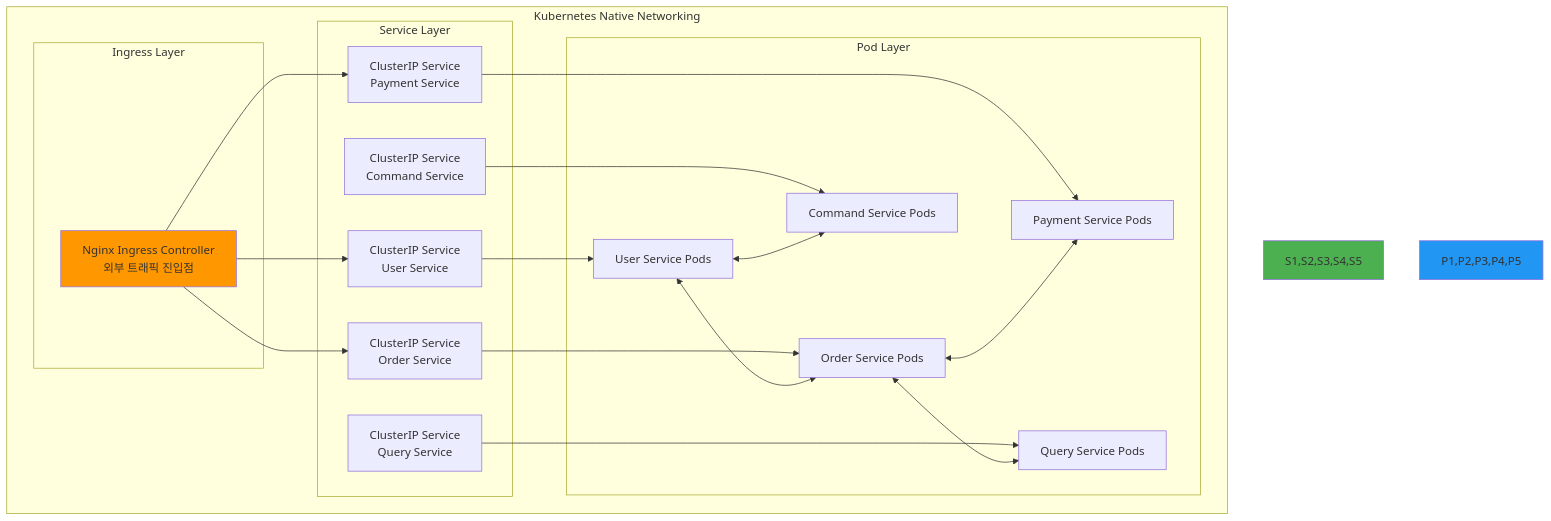
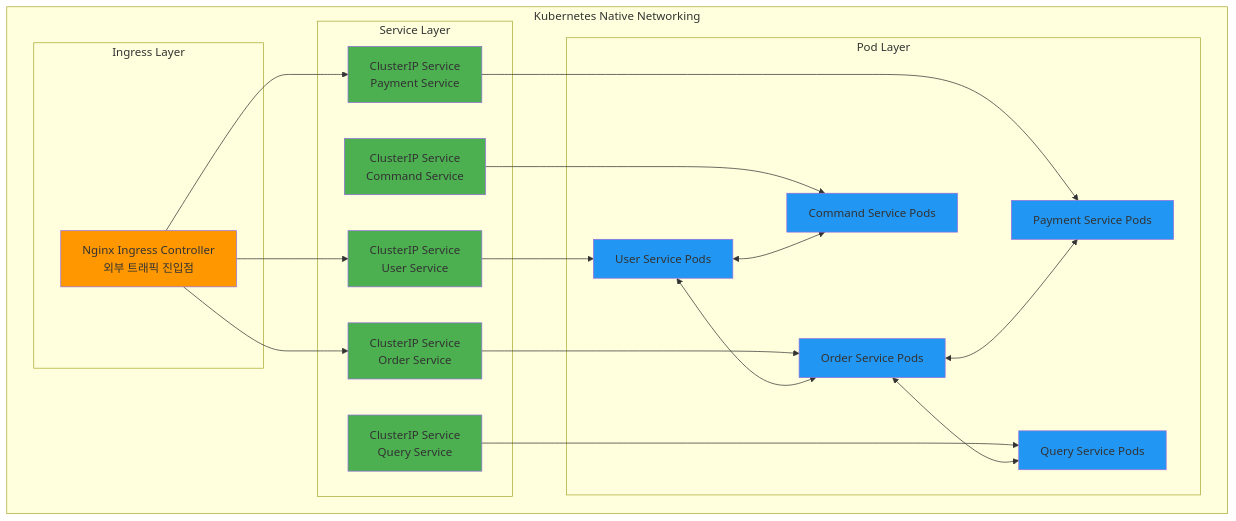
One commit to niceguy61/kdt_devops_lecture_2025 changed the second of 2 diagrams in theory/week_04/day1/handson_1.md. Above: the diagram before and after it, drawn with Mermaid. The commit also changed other lines of this file, not shown here.

Commit message:
w4d1h1 mermaid 수정

````diff
--- a/theory/week_04/day1/handson_1.md
+++ b/theory/week_04/day1/handson_1.md
@@ -140,43 +144,51 @@
 ```mermaid
 graph TB
     subgraph "Kubernetes Native Networking"
         subgraph "Ingress Layer"
             ING[Nginx Ingress Controller<br/>외부 트래픽 진입점]
         end
         
         subgraph "Service Layer"
             S1[ClusterIP Service<br/>User Service]
             S2[ClusterIP Service<br/>Order Service]
             S3[ClusterIP Service<br/>Payment Service]
             S4[ClusterIP Service<br/>Command Service]
             S5[ClusterIP Service<br/>Query Service]
         end
         
         subgraph "Pod Layer"
             P1[User Service Pods]
             P2[Order Service Pods]
             P3[Payment Service Pods]
             P4[Command Service Pods]
             P5[Query Service Pods]
         end
     end
     
     ING --> S1
     ING --> S2
     ING --> S3
     
     S1 --> P1
     S2 --> P2
     S3 --> P3
     S4 --> P4
     S5 --> P5
     
     P1 <--> P2
     P2 <--> P3
     P1 <--> P4
     P2 <--> P5
     
     style ING fill:#ff9800
-    style S1,S2,S3,S4,S5 fill:#4caf50
-    style P1,P2,P3,P4,P5 fill:#2196f3
+    style S1 fill:#4caf50
+    style S2 fill:#4caf50
+    style S3 fill:#4caf50
+    style S4 fill:#4caf50
+    style S5 fill:#4caf50
+    style P1 fill:#2196f3
+    style P2 fill:#2196f3
+    style P3 fill:#2196f3
+    style P4 fill:#2196f3
+    style P5 fill:#2196f3
 ```
````
